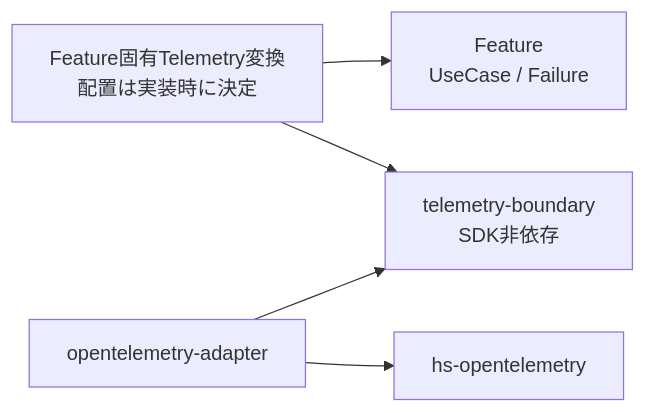
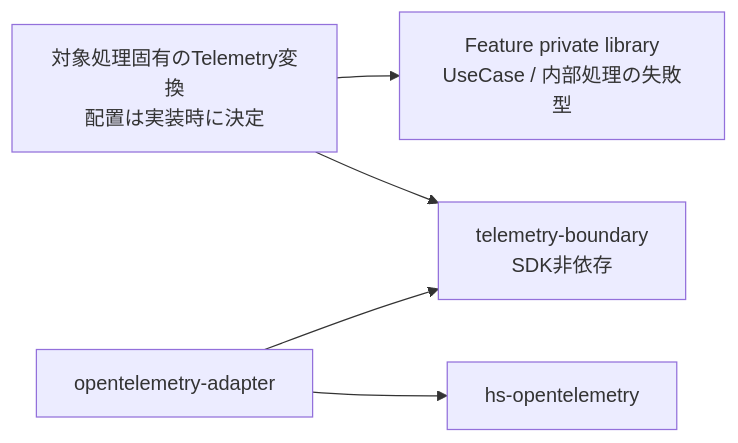
The fourth of 7 diagrams in Notes/RAGScope/RAGScopeアプリケーション/RS-0024 失敗型と利用境界への変換設計メモ.md (takashit16833/Workbench), drawn with Mermaid before and after one commit. The commit also changed other lines of this file, not shown here.

````diff
--- a/Notes/RAGScope/RAGScopeアプリケーション/RS-0024 失敗型と利用境界への変換設計メモ.md
+++ b/Notes/RAGScope/RAGScopeアプリケーション/RS-0024 失敗型と利用境界への変換設計メモ.md
@@ -362,13 +362,13 @@
 ```mermaid
 flowchart LR
-    FEATURE["Feature<br>UseCase / Failure"]
-    MAP["Feature固有Telemetry変換<br>配置は実装時に決定"]
+    FEATURE["Feature private library<br>UseCase / 内部処理の失敗型"]
+    MAP["対象処理固有のTelemetry変換<br>配置は実装時に決定"]
     BOUNDARY["telemetry-boundary<br>SDK非依存"]
     OTEL["opentelemetry-adapter"]
     SDK["hs-opentelemetry"]
 
     MAP --> FEATURE
     MAP --> BOUNDARY
     OTEL --> BOUNDARY
     OTEL --> SDK
 ```
````
